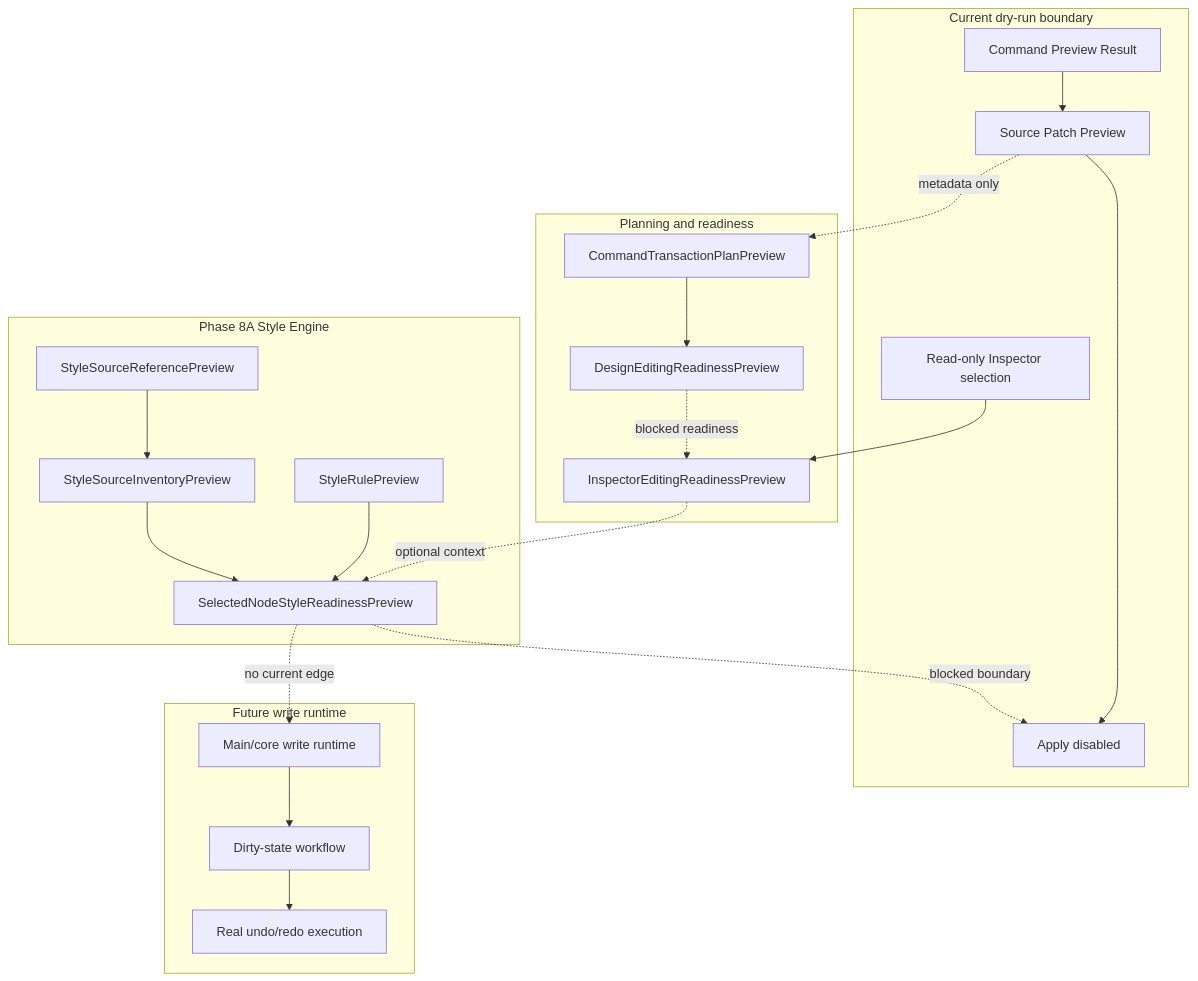
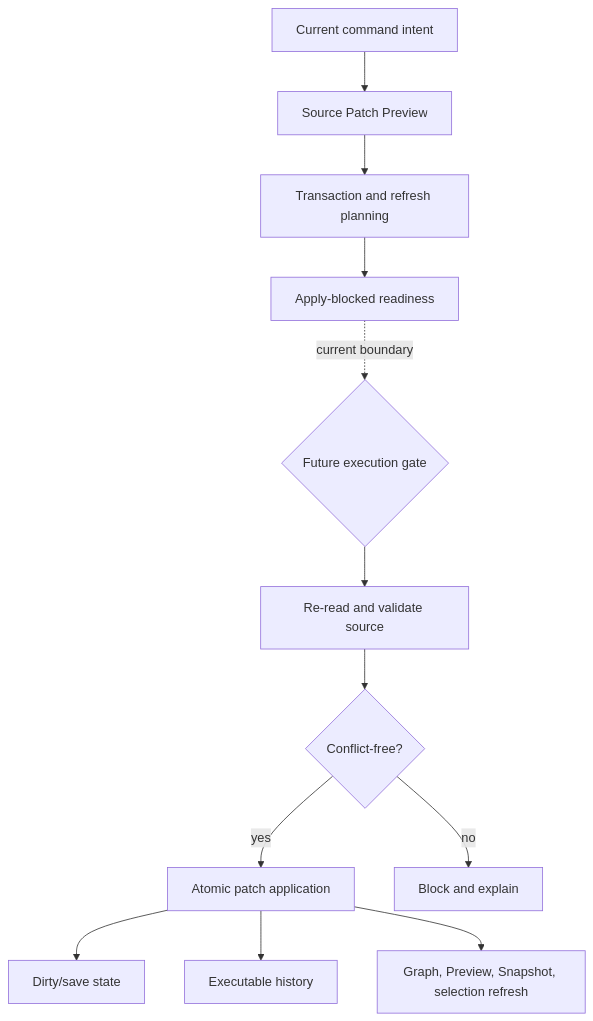
One commit to krestosa/Crystal changed the diagram in docs/architecture/flows/future-write-flow.md. Above: the diagram before and after it, drawn with Mermaid. The commit also changed other lines of this file and 60 other files, not shown here.

````diff
--- a/docs/architecture/flows/future-write-flow.md
+++ b/docs/architecture/flows/future-write-flow.md
@@ -78,41 +13,14 @@
 ```mermaid
 flowchart TD
-  subgraph Current[Current dry-run boundary]
-    CommandPreview[Command Preview Result]
-    PatchPreview[Source Patch Preview]
-    ApplyDisabled[Apply disabled]
-    InspectorSelection[Read-only Inspector selection]
-  end
-
-  subgraph Readiness[Planning and readiness]
-    TransactionPlan[CommandTransactionPlanPreview]
-    DesignReady[DesignEditingReadinessPreview]
-    InspectorReady[InspectorEditingReadinessPreview]
-  end
-
-  subgraph Style8A[Phase 8A Style Engine]
-    SourceRefs[StyleSourceReferencePreview]
-    Inventory[StyleSourceInventoryPreview]
-    RulePreview[StyleRulePreview]
-    StyleReady[SelectedNodeStyleReadinessPreview]
-  end
-
-  subgraph Future[Future write runtime]
-    WriteRuntime[Main/core write runtime]
-    DirtyState[Dirty-state workflow]
-    RealHistory[Real undo/redo execution]
-  end
-
-  CommandPreview --> PatchPreview --> ApplyDisabled
-  PatchPreview -. metadata only .-> TransactionPlan
-  TransactionPlan --> DesignReady
-  InspectorSelection --> InspectorReady
-  SourceRefs --> Inventory
-  RulePreview --> StyleReady
-  Inventory --> StyleReady
-  DesignReady -. blocked readiness .-> InspectorReady
-  InspectorReady -. optional context .-> StyleReady
-  StyleReady -. blocked boundary .-> ApplyDisabled
-  StyleReady -. no current edge .-> WriteRuntime
-  WriteRuntime --> DirtyState --> RealHistory
+  Intent[Current command intent] --> Preview[Source Patch Preview]
+  Preview --> Plan[Transaction and refresh planning]
+  Plan --> Ready[Apply-blocked readiness]
+  Ready -. current boundary .-> Gate{Future execution gate}
+  Gate --> Fresh[Re-read and validate source]
+  Fresh --> Conflict{Conflict-free?}
+  Conflict -->|yes| Apply[Atomic patch application]
+  Apply --> Persist[Dirty/save state]
+  Apply --> History[Executable history]
+  Apply --> Refresh[Graph, Preview, Snapshot, selection refresh]
+  Conflict -->|no| Block[Block and explain]
 ```
````
